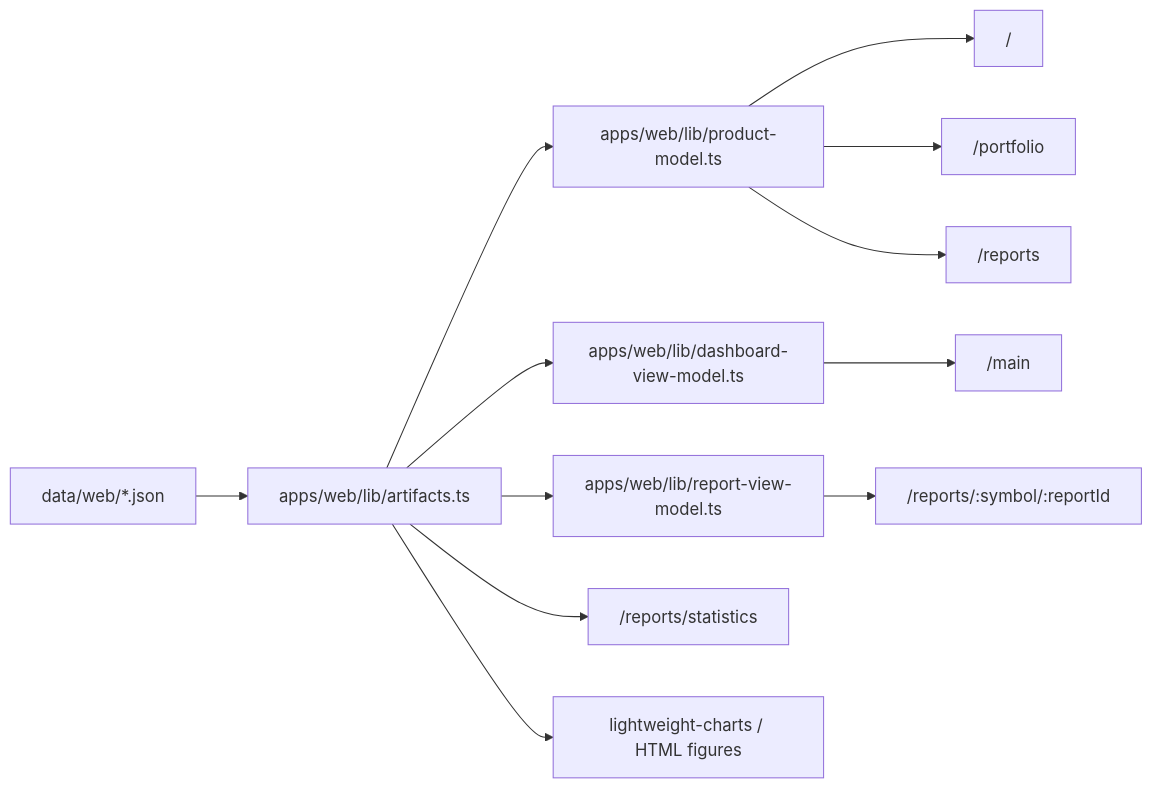
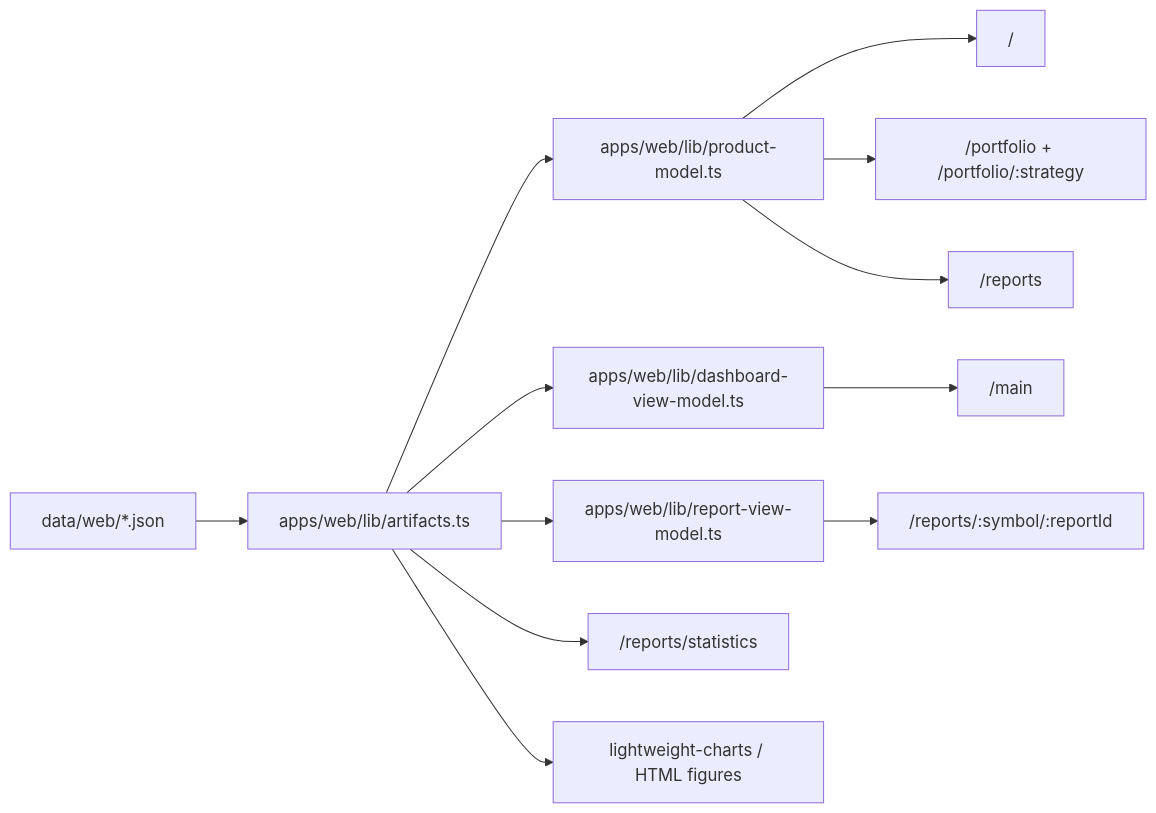
One commit to choiinyeol/snusmic-portfolio-lab changed the second of 2 diagrams in docs/page-data-flow.md. Above: the diagram before and after it, drawn with Mermaid. The commit also changed other lines of this file and 21 other files, not shown here.

````diff
--- a/docs/page-data-flow.md
+++ b/docs/page-data-flow.md
@@ -45,14 +46,14 @@
 ```mermaid
 flowchart LR
   DataWeb["data/web/*.json"] --> ArtifactReaders["apps/web/lib/artifacts.ts"]
   ArtifactReaders --> ProductModel["apps/web/lib/product-model.ts"]
   ArtifactReaders --> DashboardVM["apps/web/lib/dashboard-view-model.ts"]
   ArtifactReaders --> ReportVM["apps/web/lib/report-view-model.ts"]
   DashboardVM --> MainPage["/main"]
   ProductModel --> Landing["/"]
-  ProductModel --> Portfolio["/portfolio"]
+  ProductModel --> Portfolio["/portfolio + /portfolio/:strategy"]
   ProductModel --> Reports["/reports"]
   ReportVM --> ReportDetail["/reports/:symbol/:reportId"]
   ArtifactReaders --> Statistics["/reports/statistics"]
   ArtifactReaders --> Charts["lightweight-charts / HTML figures"]
 ```
````
